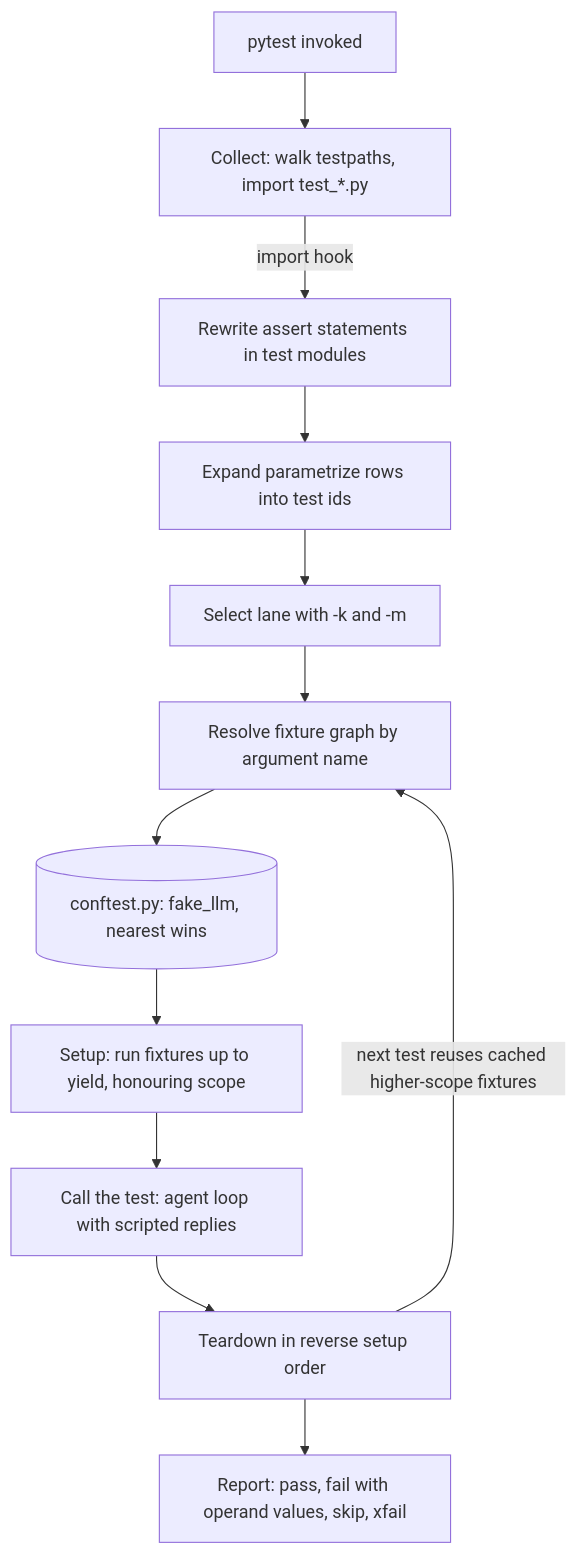
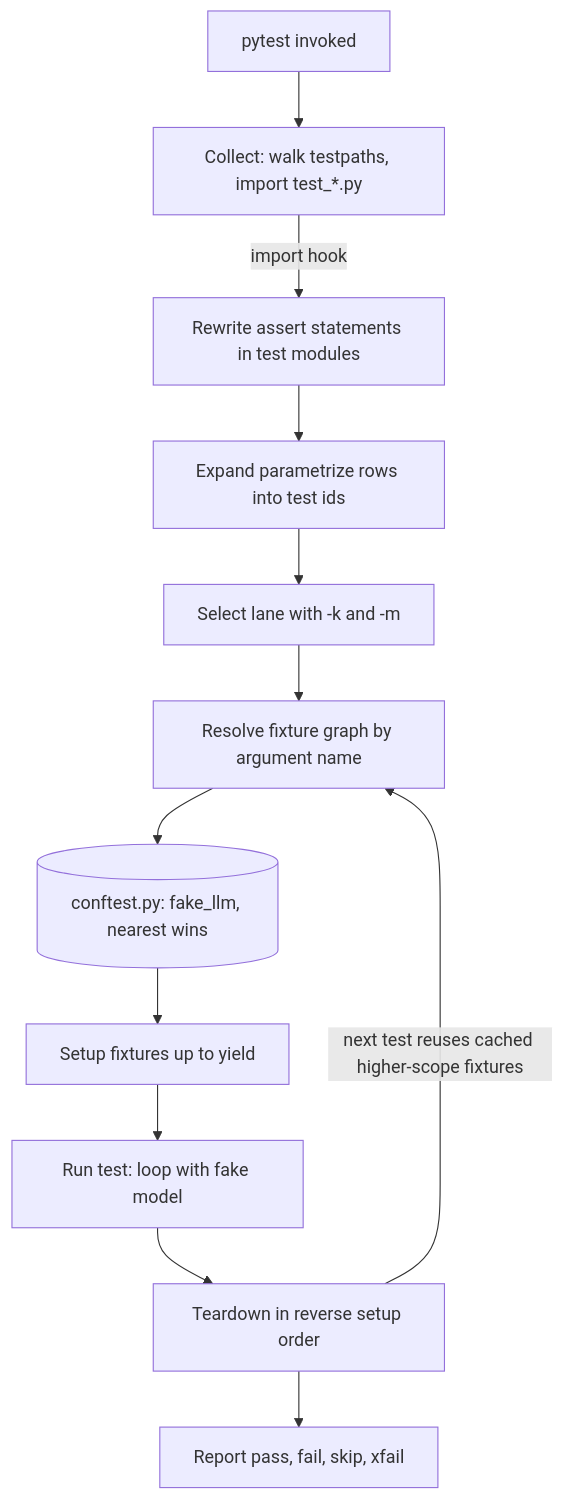
Before and after one commit to lovishmahajan97/agentic-learning: the diagram in content/python-for-ai/pytest.md, drawn with Mermaid. The commit also changed other lines of this file and 454 other files, not shown here.

````diff
--- a/content/python-for-ai/pytest.md
+++ b/content/python-for-ai/pytest.md
@@ -167,14 +167,14 @@
 ```mermaid
 flowchart TD
     S["pytest invoked"] --> C["Collect: walk testpaths, import test_*.py"]
     C -->|"import hook"| R["Rewrite assert statements in test modules"]
     R --> P["Expand parametrize rows into test ids"]
     P --> F["Select lane with -k and -m"]
     F --> G["Resolve fixture graph by argument name"]
     G --> CF[("conftest.py: fake_llm, nearest wins")]
-    CF --> U["Setup: run fixtures up to yield, honouring scope"]
-    U --> T["Call the test: agent loop with scripted replies"]
+    CF --> U["Setup fixtures up to yield"]
+    U --> T["Run test: loop with fake model"]
     T --> D["Teardown in reverse setup order"]
-    D --> O["Report: pass, fail with operand values, skip, xfail"]
+    D --> O["Report pass, fail, skip, xfail"]
     D -->|"next test reuses cached higher-scope fixtures"| G
 ```
````
